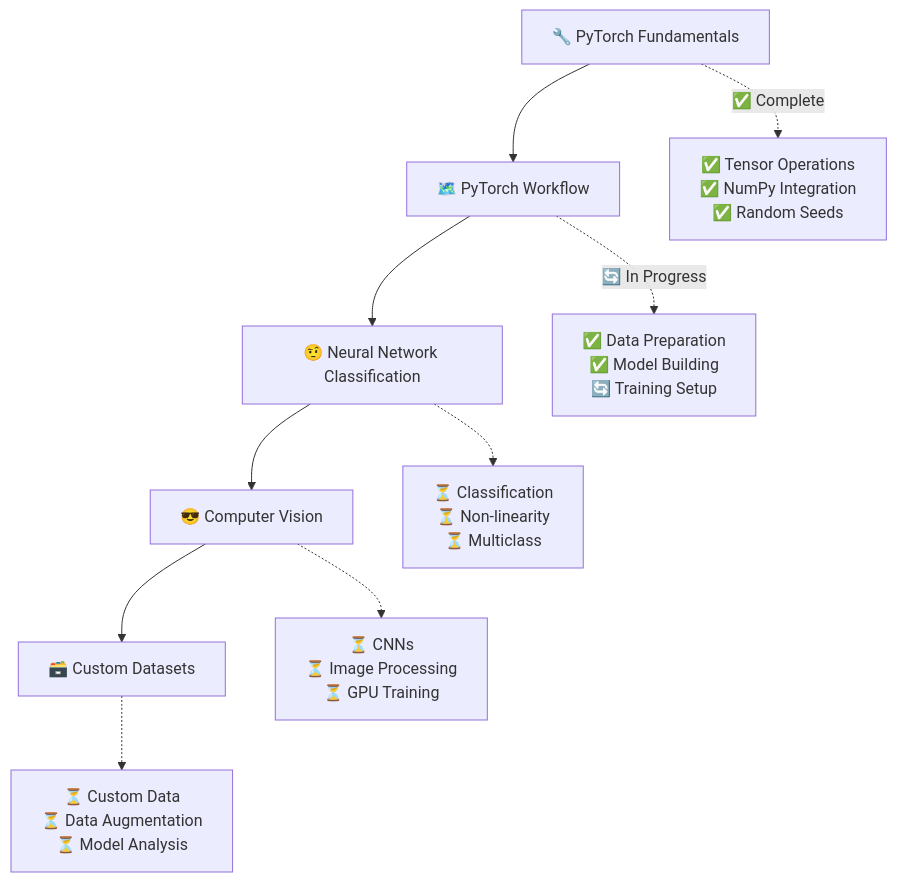
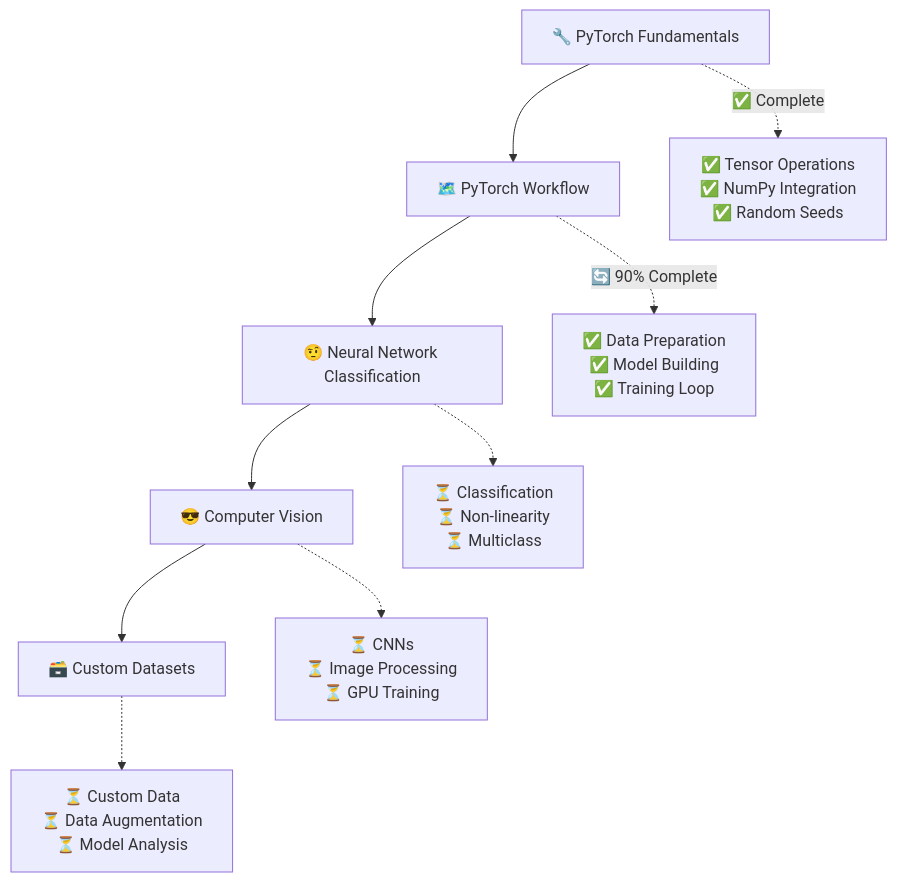
Before and after one commit to Satish-vaishyar/Learning-Pytorch: the diagram in README.md, drawn with Mermaid. The commit also changed other lines of this file and 1 other file, not shown here.

First line of the commit message:
Complete PyTorch training loop implementation and update progress

````diff
--- a/README.md
+++ b/README.md
@@ -253,13 +275,13 @@
 ```mermaid
 graph TD
     A[🔧 PyTorch Fundamentals] --> B[🗺️ PyTorch Workflow]
     B --> C[🤨 Neural Network Classification]
     C --> D[😎 Computer Vision]
     D --> E[🗃️ Custom Datasets]
     
     A -.-> |✅ Complete| F[✅ Tensor Operations<br/>✅ NumPy Integration<br/>✅ Random Seeds]
-    B -.-> |🔄 In Progress| G[✅ Data Preparation<br/>✅ Model Building<br/>🔄 Training Setup]
+    B -.-> |🔄 90% Complete| G[✅ Data Preparation<br/>✅ Model Building<br/>✅ Training Loop]
     C -.-> H[⏳ Classification<br/>⏳ Non-linearity<br/>⏳ Multiclass]
     D -.-> I[⏳ CNNs<br/>⏳ Image Processing<br/>⏳ GPU Training]
     E -.-> J[⏳ Custom Data<br/>⏳ Data Augmentation<br/>⏳ Model Analysis]
 ```
````
